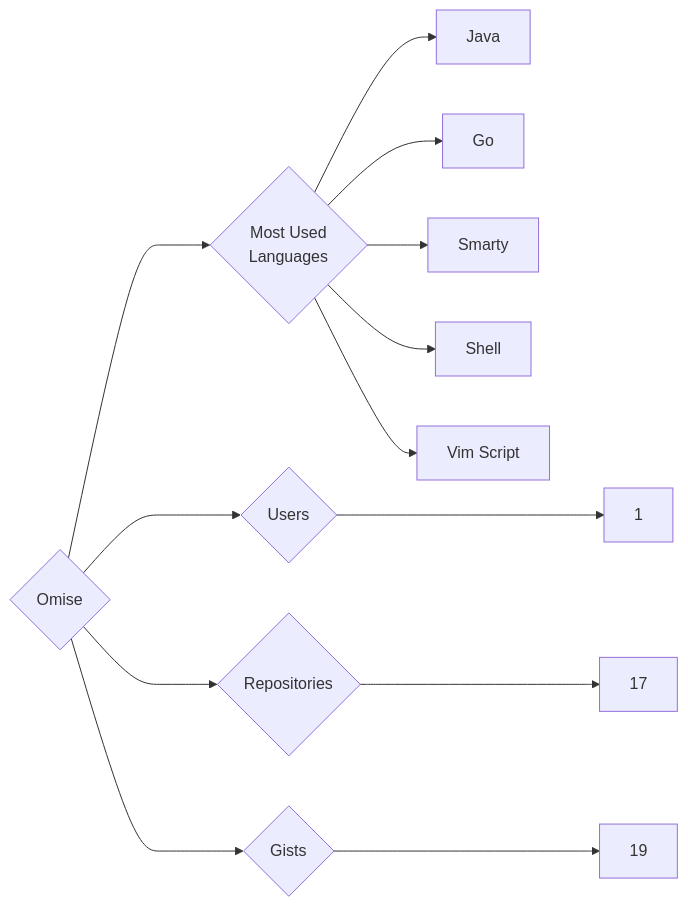
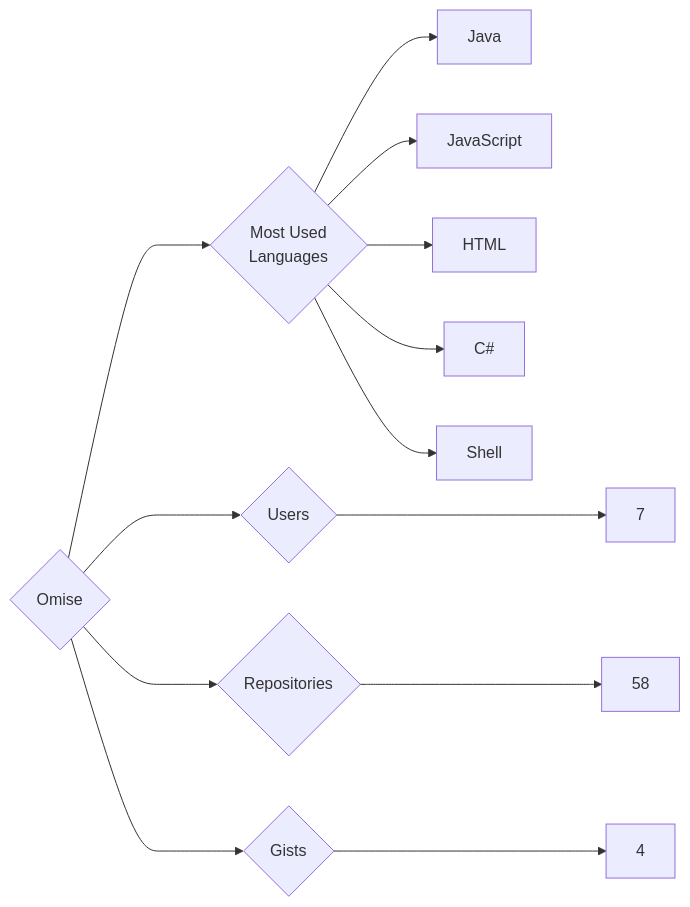
One commit to trickest/insiders changed the diagram in targets/Omise/README.md. Above: the diagram before and after it, drawn with Mermaid. The commit also changed 877 other files, not shown here.

````diff
--- a/targets/Omise/README.md
+++ b/targets/Omise/README.md
@@ -3,13 +3,13 @@
 ```mermaid
 graph LR
 COMPANY_NAME{Omise}
-COMPANY_NAME ---> U{Users} ---> UN[1]
-COMPANY_NAME ---> R{Repositories} ---> RN[17]
-COMPANY_NAME ---> G{Gists} ---> GN[19]
+COMPANY_NAME ---> U{Users} ---> UN[7]
+COMPANY_NAME ---> R{Repositories} ---> RN[58]
+COMPANY_NAME ---> G{Gists} ---> GN[4]
 COMPANY_NAME ---> ML{Most Used<br>Languages}
 ML --> Java[Java]
-ML --> Go[Go]
-ML --> Smarty[Smarty]
+ML --> JavaScript[JavaScript]
+ML --> HTML[HTML]
+ML --> C#[C#]
 ML --> Shell[Shell]
-ML --> Vim_Script[Vim Script]
 ```
````
